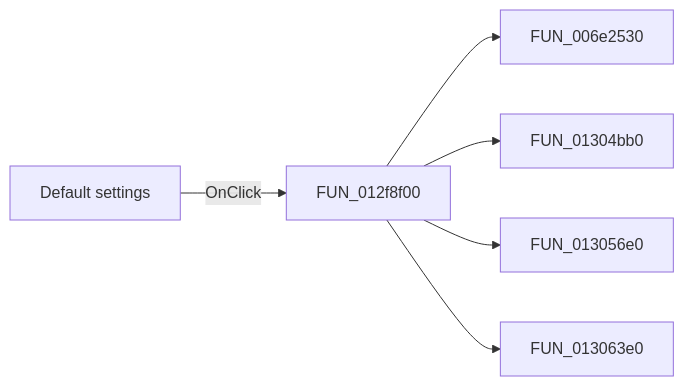
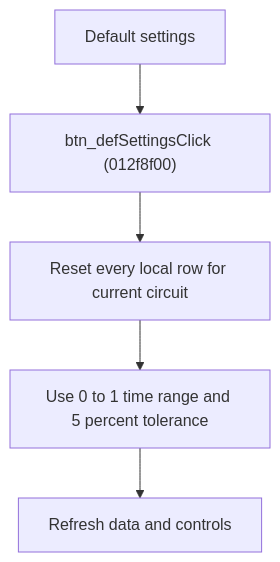
The diagram in docs/ui-controls/frmmodeltestbencheditor/btn-defsettings-e844a5d6a6.md (MovGP0/TIARA), drawn with Mermaid before and after one commit. The commit also changed other lines of this file and 387 other files, not shown here.

````diff
--- a/docs/ui-controls/frmmodeltestbencheditor/btn-defsettings-e844a5d6a6.md
+++ b/docs/ui-controls/frmmodeltestbencheditor/btn-defsettings-e844a5d6a6.md
@@ -27,8 +29,7 @@
 ```mermaid
-flowchart LR
-    control["Default settings"] -->|OnClick| handler["FUN_012f8f00"]
-    handler --> call1["FUN_006e2530"]
-    handler --> call2["FUN_01304bb0"]
-    handler --> call3["FUN_013056e0"]
-    handler --> call4["FUN_013063e0"]
+flowchart TD
+    control["Default settings"] --> handler["btn_defSettingsClick (012f8f00)"]
+    handler --> reset["Reset every local row for current circuit"]
+    reset --> defaults["Use 0 to 1 time range and 5 percent tolerance"]
+    defaults --> refresh["Refresh data and controls"]
 ```
````
